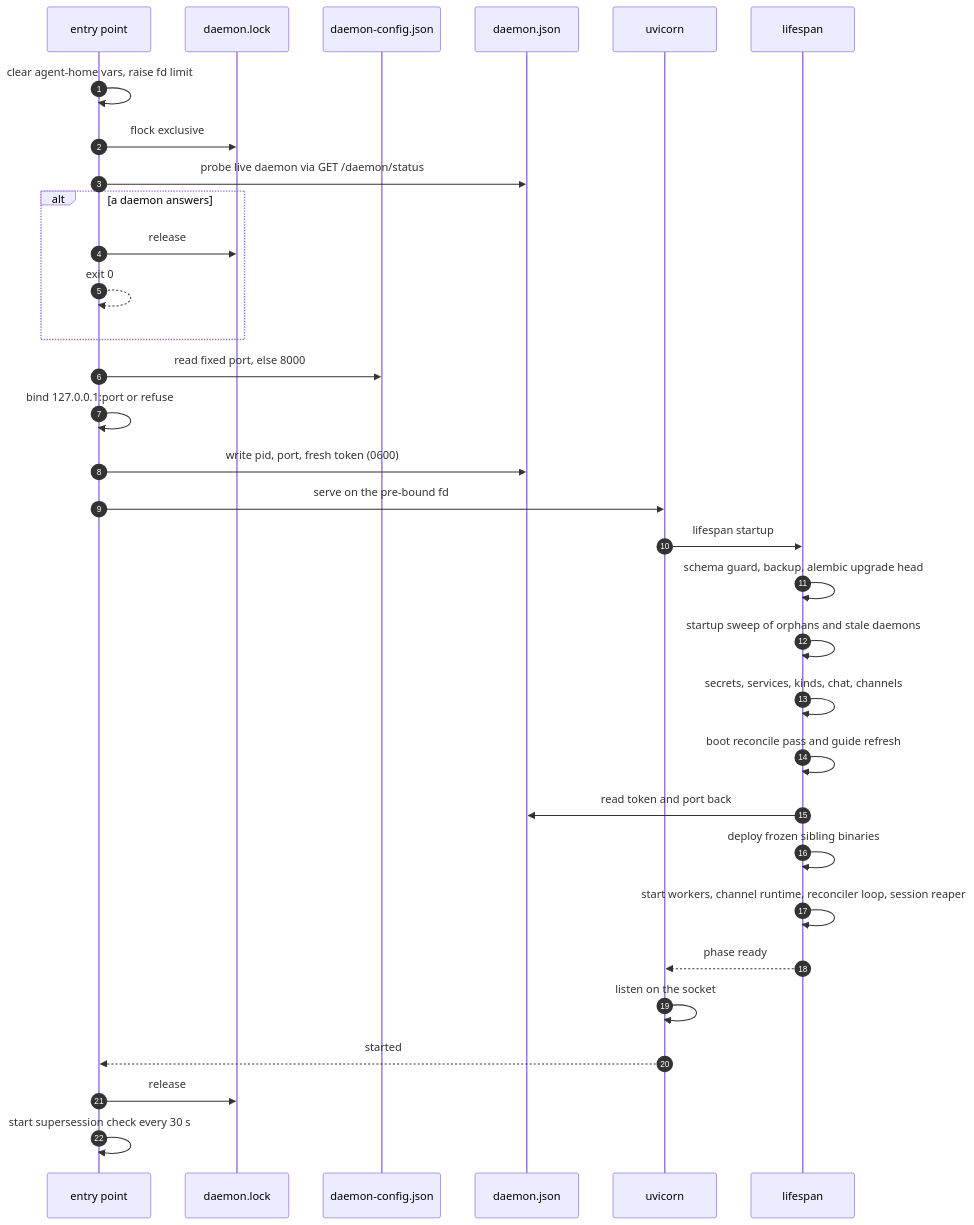
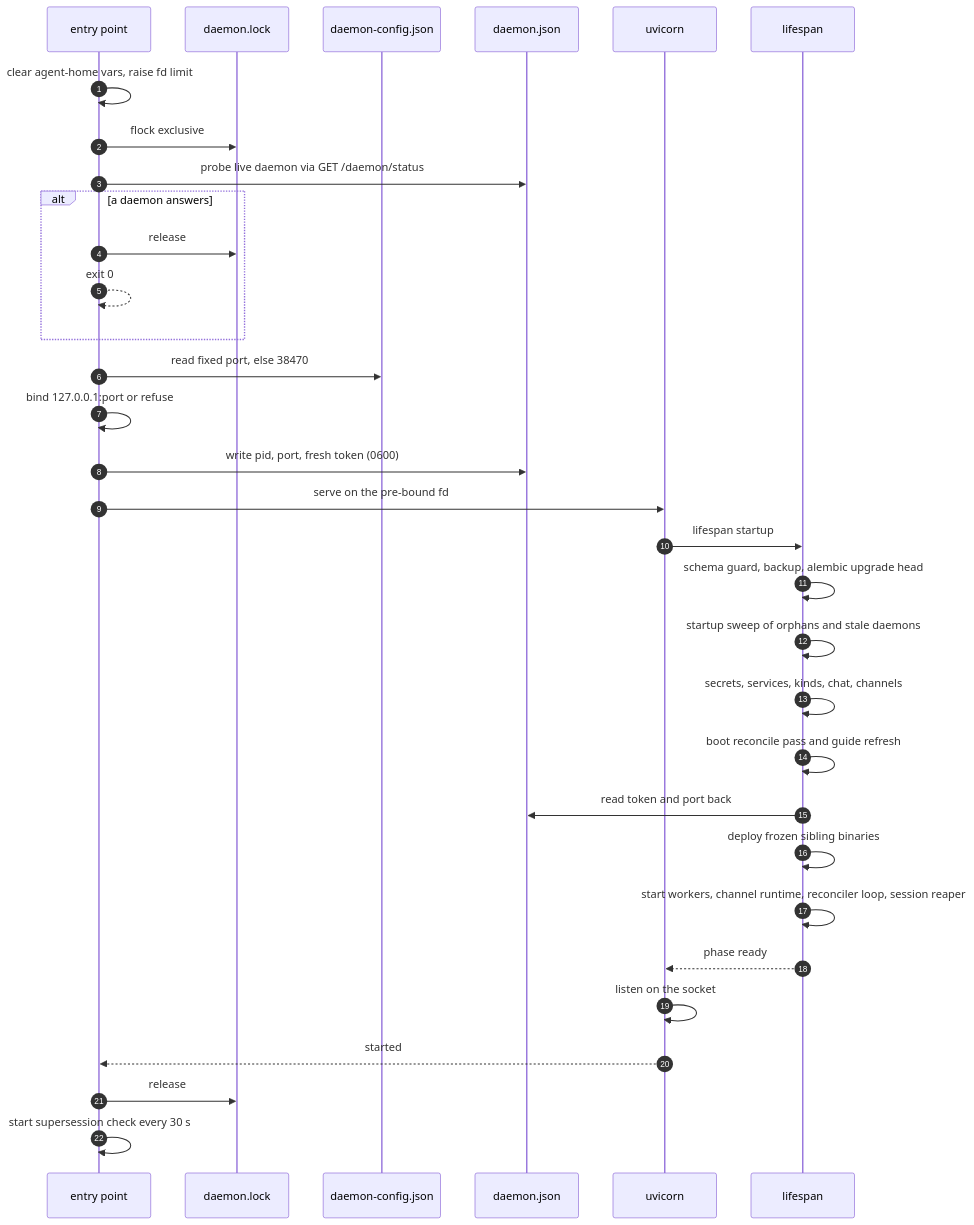
One commit to wyx-sg/Coffer changed the second of 4 diagrams in docs-site/architecture/daemon.md. Above: the diagram before and after it, drawn with Mermaid. The commit also changed other lines of this file and 163 other files, not shown here.

````diff
--- a/docs-site/architecture/daemon.md
+++ b/docs-site/architecture/daemon.md
@@ -104,34 +104,34 @@
 ```mermaid
 sequenceDiagram
   autonumber
   participant E as entry point
   participant L as daemon.lock
   participant C as daemon-config.json
   participant J as daemon.json
   participant U as uvicorn
   participant A as lifespan
   E->>E: clear agent-home vars, raise fd limit
   E->>L: flock exclusive
   E->>J: probe live daemon via GET /daemon/status
   alt a daemon answers
     E->>L: release
     E-->>E: exit 0
   end
-  E->>C: read fixed port, else 8000
+  E->>C: read fixed port, else 38470
   E->>E: bind 127.0.0.1:port or refuse
   E->>J: write pid, port, fresh token (0600)
   E->>U: serve on the pre-bound fd
   U->>A: lifespan startup
   A->>A: schema guard, backup, alembic upgrade head
   A->>A: startup sweep of orphans and stale daemons
   A->>A: secrets, services, kinds, chat, channels
   A->>A: boot reconcile pass and guide refresh
   A->>J: read token and port back
   A->>A: deploy frozen sibling binaries
   A->>A: start workers, channel runtime, reconciler loop, session reaper
   A-->>U: phase ready
   U->>U: listen on the socket
   U-->>E: started
   E->>L: release
   E->>E: start supersession check every 30 s
 ```
````
